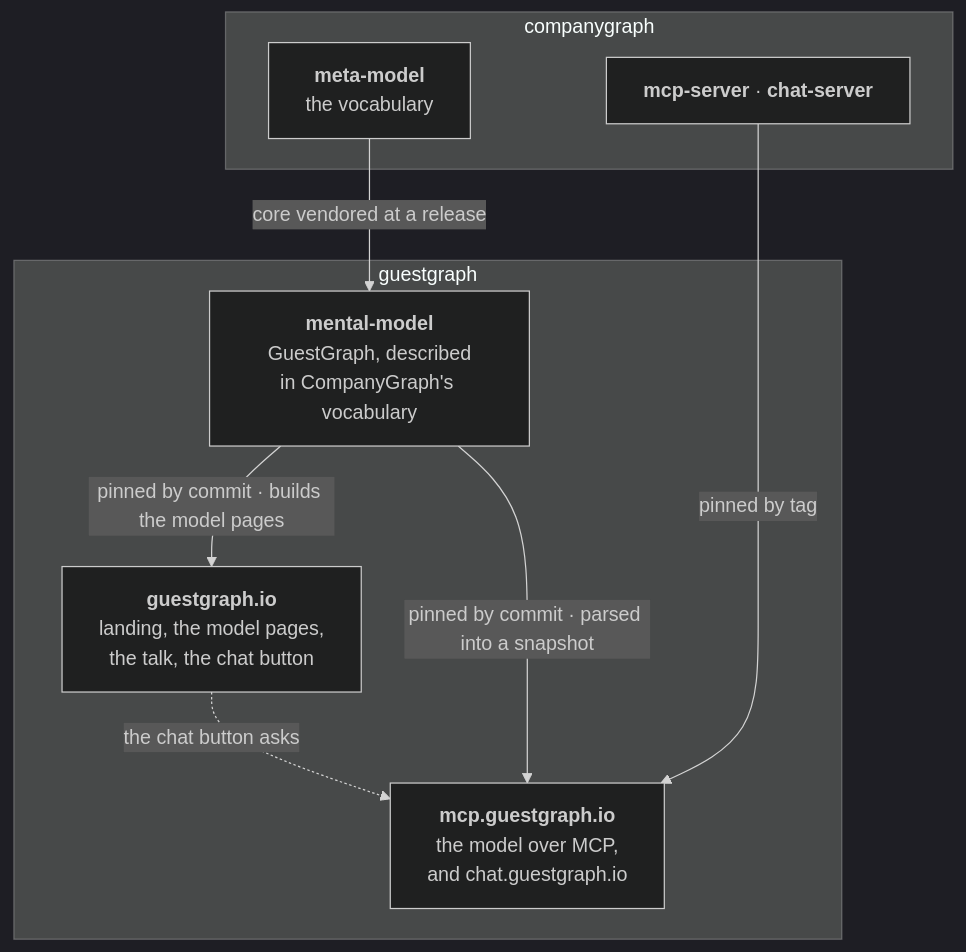
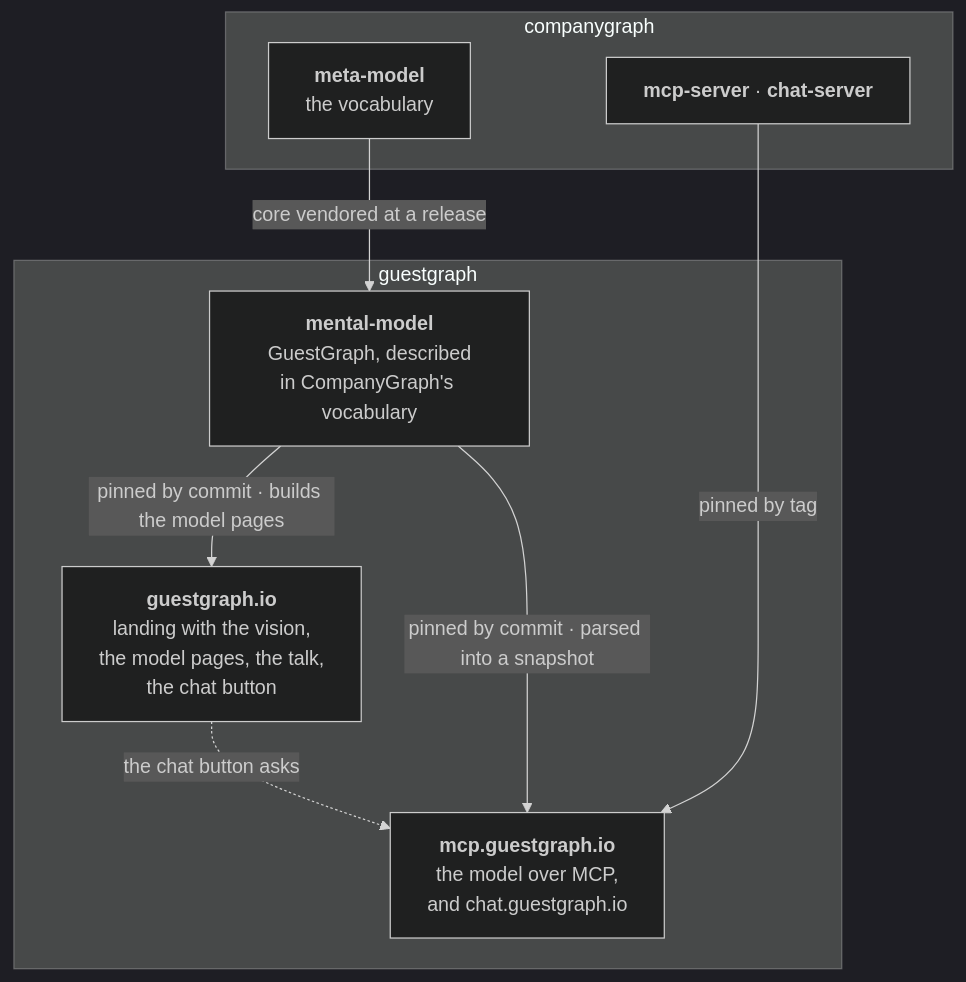
The second of 2 diagrams in profile/README.md (guestgraph/.github), drawn with Mermaid (dark theme) before and after one commit. The commit also changed other lines of this file, not shown here.

First line of the commit message:
The profile names the model's decisions and the site's vision

````diff
--- a/profile/README.md
+++ b/profile/README.md
@@ -58,19 +58,19 @@
 ```mermaid
 flowchart TB
     subgraph gg["guestgraph"]
         GGMM["<b>mental-model</b><br/>GuestGraph, described<br/>in CompanyGraph's vocabulary"]
-        SITE["<b>guestgraph.io</b><br/>landing, the model pages,<br/>the talk, the chat button"]
+        SITE["<b>guestgraph.io</b><br/>landing with the vision,<br/>the model pages, the talk,<br/>the chat button"]
         MCPGG["<b>mcp.guestgraph.io</b><br/>the model over MCP,<br/>and chat.guestgraph.io"]
     end
 
     subgraph cg["companygraph"]
         MM["<b>meta-model</b><br/>the vocabulary"]
         SRV["<b>mcp-server</b> · <b>chat-server</b>"]
     end
 
     MM -- "core vendored at a release" --> GGMM
     GGMM -- "pinned by commit · builds the model pages" --> SITE
     GGMM -- "pinned by commit · parsed into a snapshot" --> MCPGG
     SRV -- "pinned by tag" --> MCPGG
     SITE -. "the chat button asks" .-> MCPGG
 ```
````
